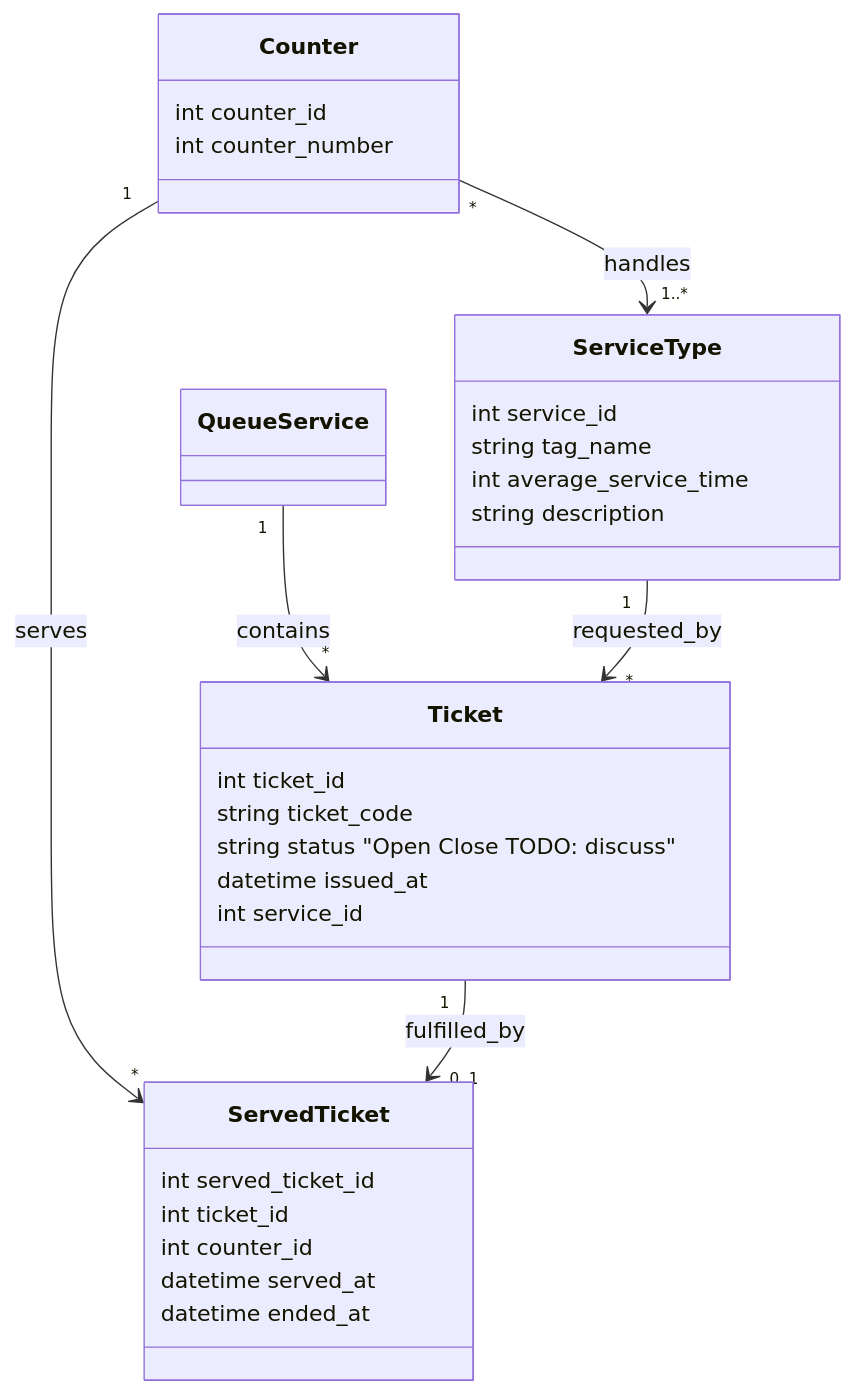
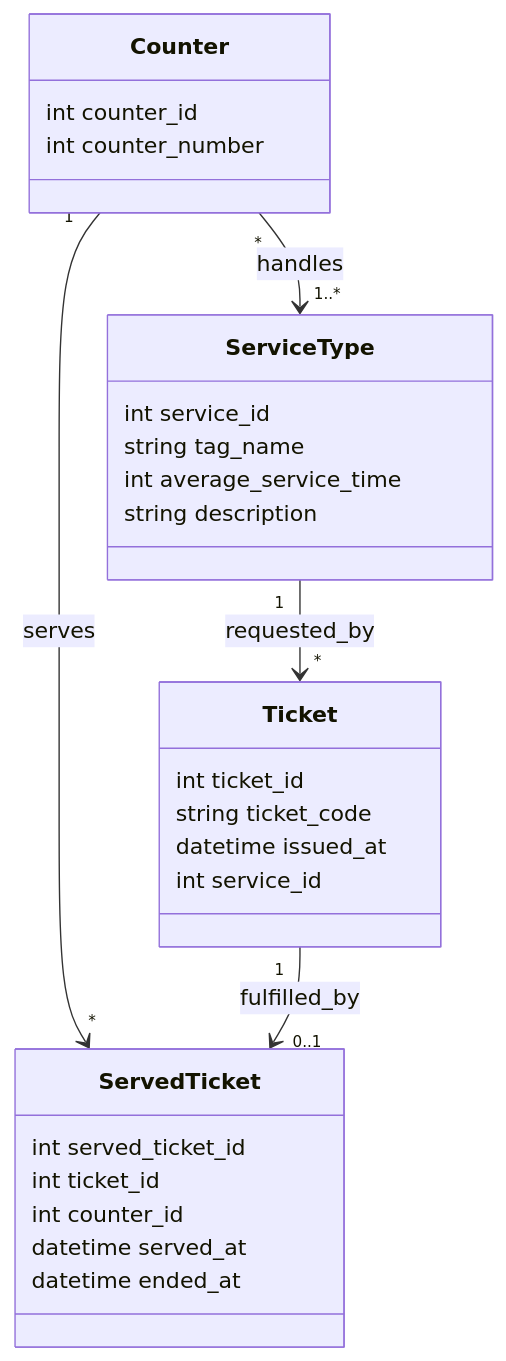
The first of 2 diagrams in doc/db.md (ivanguariento/office_queue_management_system_se2), drawn with Mermaid before and after one commit. The commit also changed other lines of this file, not shown here.

Commit message:
small fix to db

````diff
--- a/doc/db.md
+++ b/doc/db.md
@@ -5,44 +5,34 @@
 ``` mermaid
 classDiagram
-
     Counter "*" --> "1..*" ServiceType : handles
     Counter "1" --> "*" ServedTicket : serves
-    QueueService "1" --> "*" Ticket : contains
     ServiceType "1" --> "*" Ticket : requested_by
     Ticket "1" --> "0..1" ServedTicket : fulfilled_by
 
     class Counter {
         int counter_id
         int counter_number
     }
 
     class ServiceType {
         int service_id
         string tag_name
         int average_service_time
         string description
     }
     
     class Ticket {
         int ticket_id
         string ticket_code
-        string status "Open Close TODO: discuss"
         datetime issued_at
         int service_id
     }
-
-    %% class QueueService {
-    %%     int service_id
-    %%     int ticket_id
-    %%     int queue_length
-    %%     datetime last_updated
-    %% }"
 
     class ServedTicket {
         int served_ticket_id
         int ticket_id
         int counter_id
         datetime served_at
         datetime ended_at
     }
 ```
````
